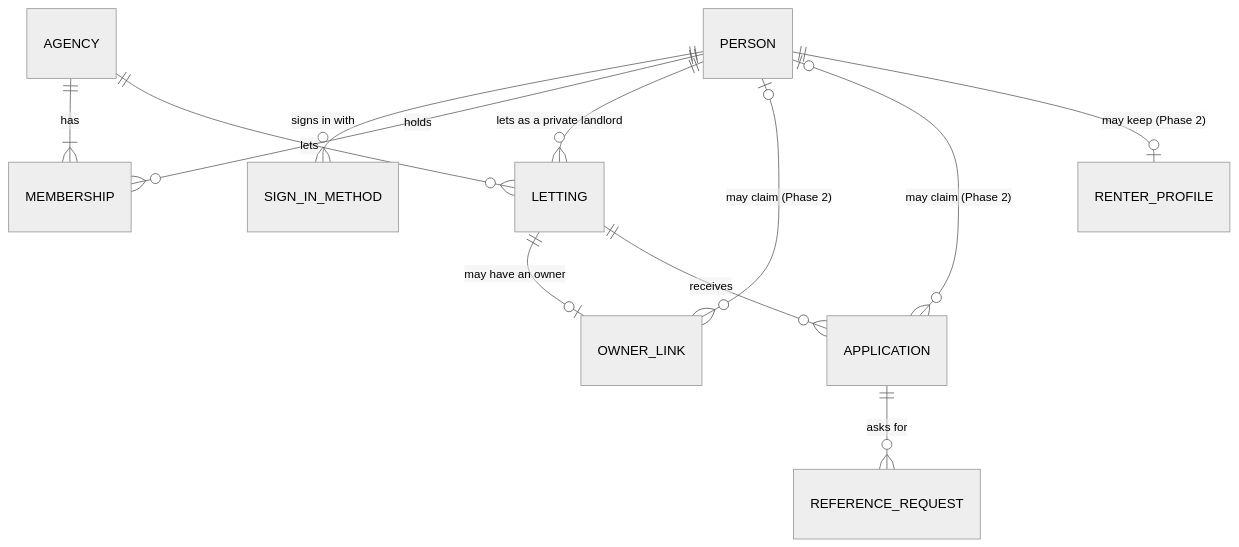
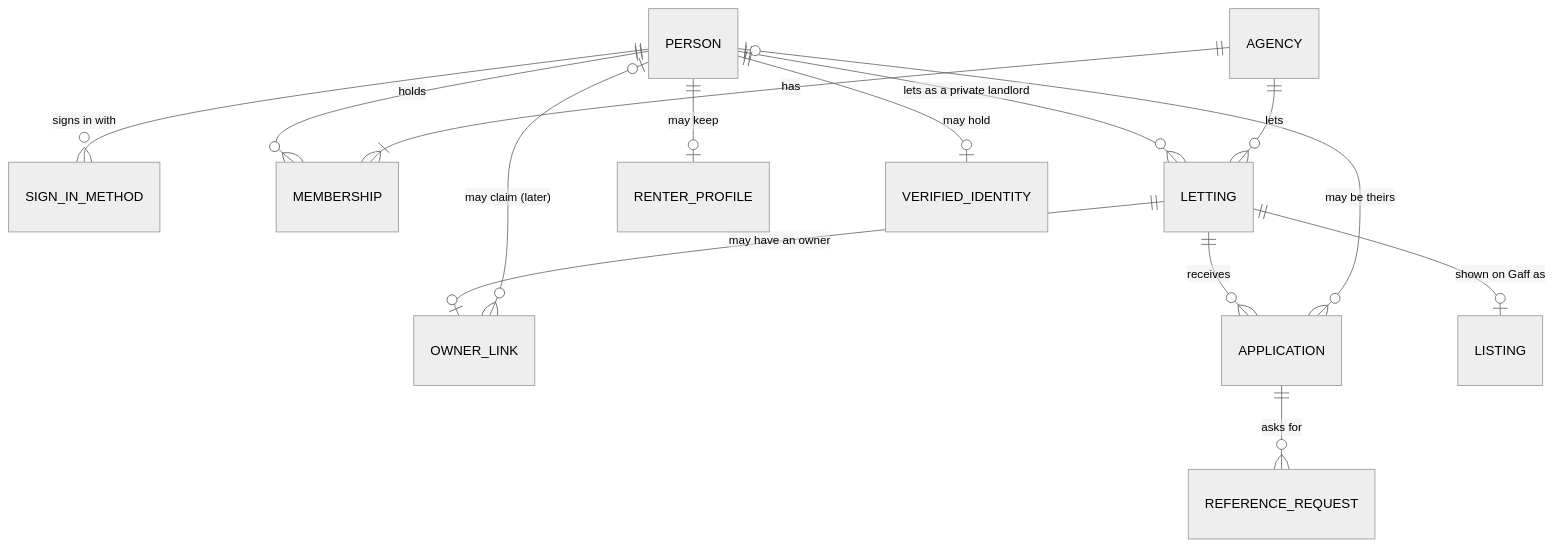
Before and after one commit to seanvconroy/Gaff: the diagram in docs/ux-redesign/02-accounts-and-sign-in.md, drawn with Mermaid (neutral theme). The commit also changed other lines of this file and 7 other files, not shown here.

````diff
--- a/docs/ux-redesign/02-accounts-and-sign-in.md
+++ b/docs/ux-redesign/02-accounts-and-sign-in.md
@@ -22,14 +22,16 @@
 ```mermaid
 erDiagram
     PERSON ||--o{ SIGN_IN_METHOD : "signs in with"
     PERSON ||--o{ MEMBERSHIP : holds
     AGENCY ||--|{ MEMBERSHIP : has
     PERSON ||--o{ LETTING : "lets as a private landlord"
     AGENCY ||--o{ LETTING : lets
     LETTING ||--o| OWNER_LINK : "may have an owner"
-    PERSON |o--o{ OWNER_LINK : "may claim (Phase 2)"
+    PERSON |o--o{ OWNER_LINK : "may claim (later)"
     LETTING ||--o{ APPLICATION : receives
-    PERSON |o--o{ APPLICATION : "may claim (Phase 2)"
-    PERSON ||--o| RENTER_PROFILE : "may keep (Phase 2)"
+    PERSON |o--o{ APPLICATION : "may be theirs"
+    PERSON ||--o| RENTER_PROFILE : "may keep"
+    PERSON ||--o| VERIFIED_IDENTITY : "may hold"
+    LETTING ||--o| LISTING : "shown on Gaff as"
     APPLICATION ||--o{ REFERENCE_REQUEST : "asks for"
 ```
````
